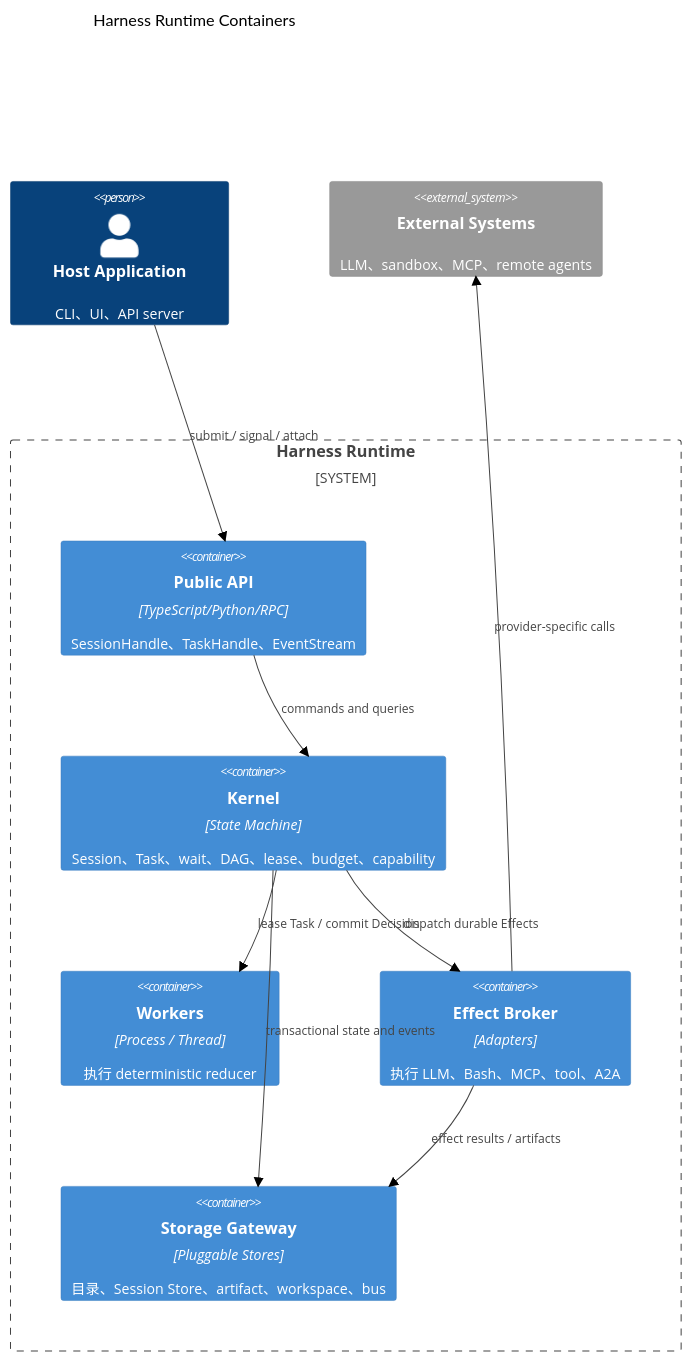
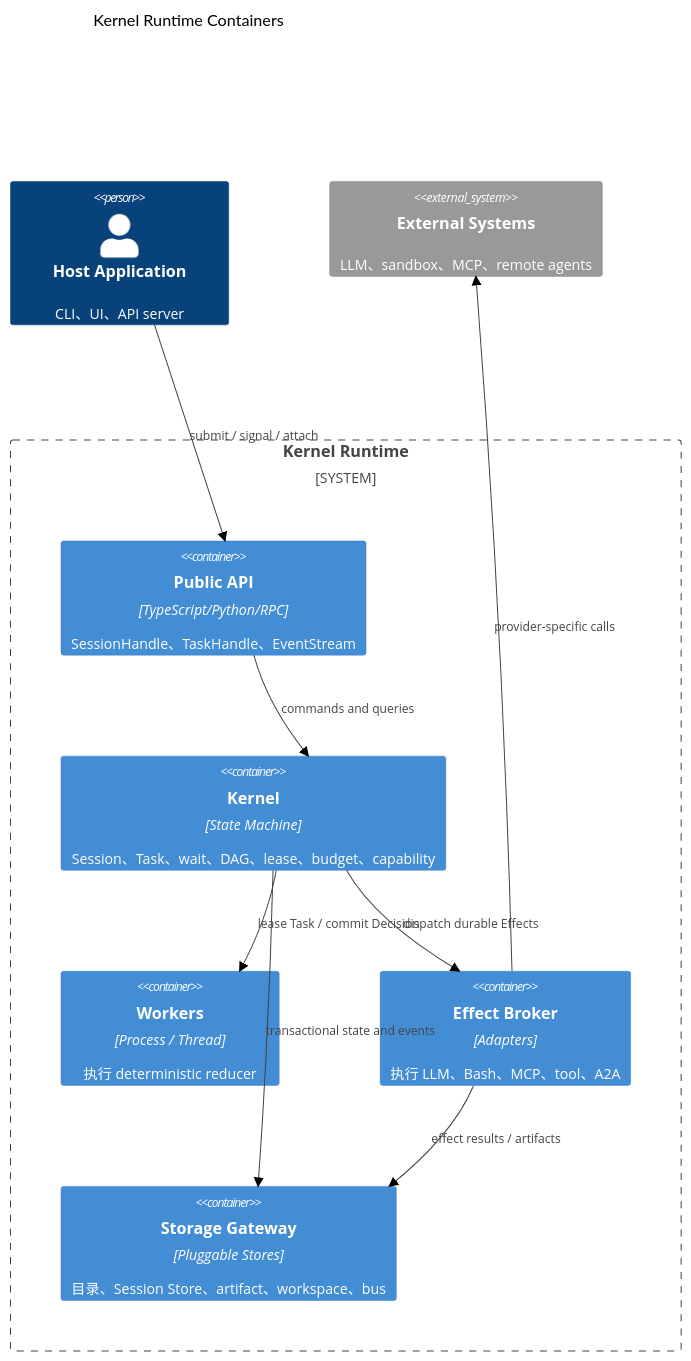
The second of 10 diagrams in doc/feat/harness-session-task-final-design.md (mushuanli/itookit), drawn with Mermaid (forest theme) before and after one commit. The commit also changed other lines of this file and 474 other files, not shown here.

````diff
--- a/doc/feat/harness-session-task-final-design.md
+++ b/doc/feat/harness-session-task-final-design.md
@@ -259,23 +259,23 @@
 ```mermaid
 C4Container
-    title Harness Runtime Containers
+    title Kernel Runtime Containers
     Person(client, "Host Application", "CLI、UI、API server")
 
-    System_Boundary(harness_boundary, "Harness Runtime") {
+    System_Boundary(kernel_boundary, "Kernel Runtime") {
         Container(api, "Public API", "TypeScript/Python/RPC", "SessionHandle、TaskHandle、EventStream")
         Container(kernel, "Kernel", "State Machine", "Session、Task、wait、DAG、lease、budget、capability")
         Container(worker, "Workers", "Process / Thread", "执行 deterministic reducer")
         Container(effect, "Effect Broker", "Adapters", "执行 LLM、Bash、MCP、tool、A2A")
         Container(storage, "Storage Gateway", "Pluggable Stores", "目录、Session Store、artifact、workspace、bus")
     }
 
     System_Ext(external, "External Systems", "LLM、sandbox、MCP、remote agents")
 
     Rel(client, api, "submit / signal / attach")
     Rel(api, kernel, "commands and queries")
     Rel(kernel, worker, "lease Task / commit Decision")
     Rel(kernel, effect, "dispatch durable Effects")
     Rel(kernel, storage, "transactional state and events")
     Rel(effect, external, "provider-specific calls")
     Rel(effect, storage, "effect results / artifacts")
 ```
````
